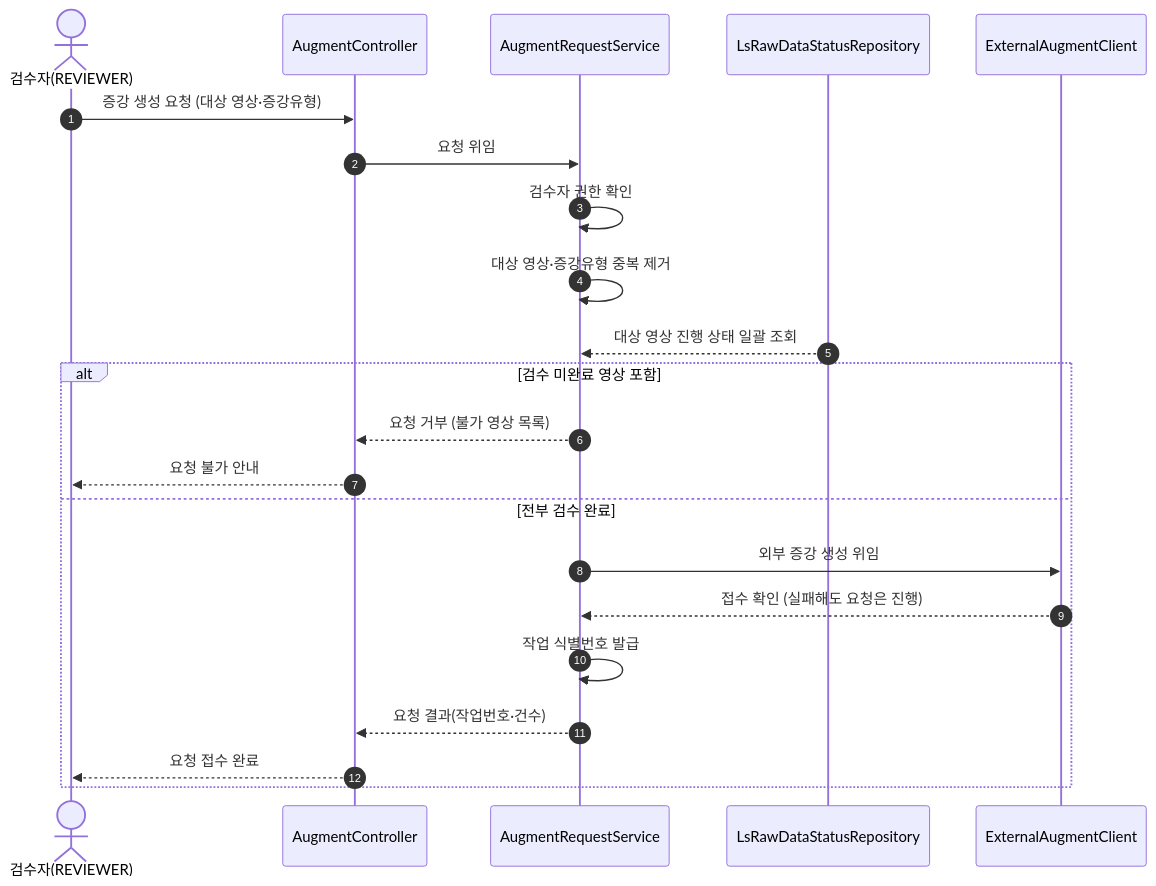
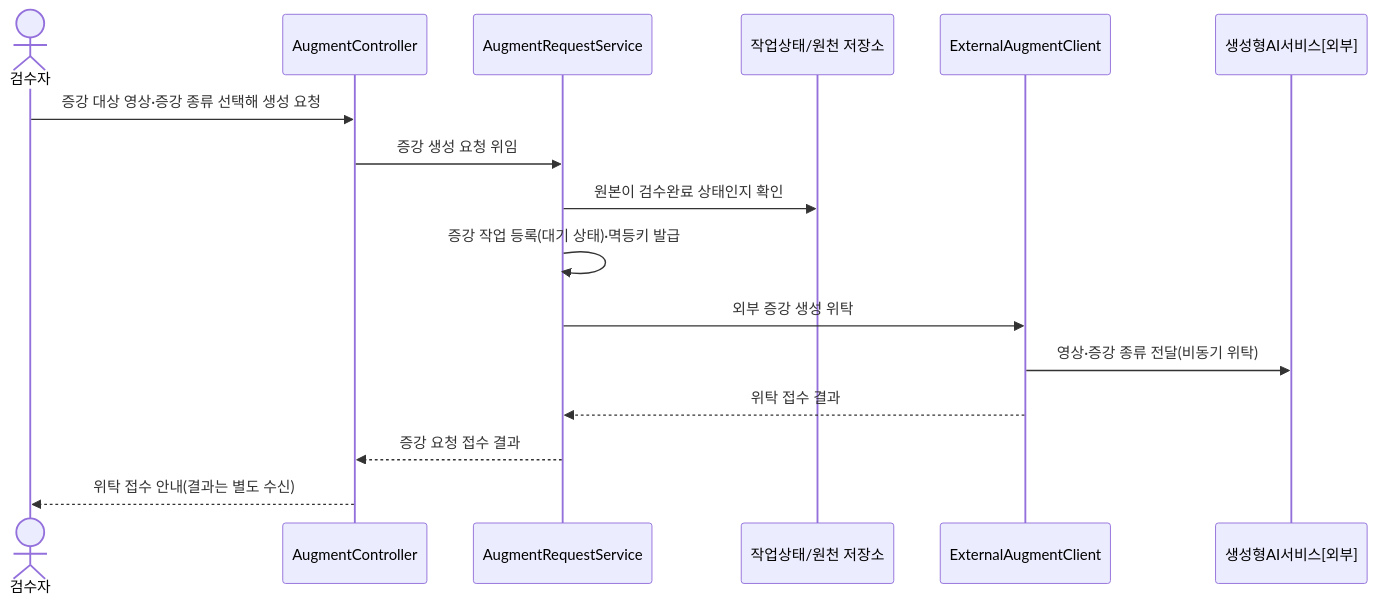
The first of 36 diagrams in docs/design/D1-클래스설계서.md (New-stella/klid-label), drawn with Mermaid before and after one commit. The commit also changed other lines of this file and 7 other files, not shown here.

````diff
--- a/docs/design/D1-클래스설계서.md
+++ b/docs/design/D1-클래스설계서.md
@@ -252,24 +239,18 @@
 ```mermaid
 sequenceDiagram
-    autonumber
-    actor RV as 검수자(REVIEWER)
-    participant AC as AugmentController
-    participant ARS as AugmentRequestService
-    participant DB as LsRawDataStatusRepository
-    participant EX as ExternalAugmentClient
-    RV->>AC: 증강 생성 요청 (대상 영상·증강유형)
-    AC->>ARS: 요청 위임
-    ARS->>ARS: 검수자 권한 확인
-    ARS->>ARS: 대상 영상·증강유형 중복 제거
-    DB-->>ARS: 대상 영상 진행 상태 일괄 조회
-    alt 검수 미완료 영상 포함
-        ARS-->>AC: 요청 거부 (불가 영상 목록)
-        AC-->>RV: 요청 불가 안내
-    else 전부 검수 완료
-        ARS->>EX: 외부 증강 생성 위임
-        EX-->>ARS: 접수 확인 (실패해도 요청은 진행)
-        ARS->>ARS: 작업 식별번호 발급
-        ARS-->>AC: 요청 결과(작업번호·건수)
-        AC-->>RV: 요청 접수 완료
-    end
+    actor REVIEWER as 검수자
+    participant C as AugmentController
+    participant S as AugmentRequestService
+    participant R as 작업상태/원천 저장소
+    participant E as ExternalAugmentClient
+    participant G as 생성형AI서비스[외부]
+    REVIEWER->>C: 증강 대상 영상·증강 종류 선택해 생성 요청
+    C->>S: 증강 생성 요청 위임
+    S->>R: 원본이 검수완료 상태인지 확인
+    S->>S: 증강 작업 등록(대기 상태)·멱등키 발급
+    S->>E: 외부 증강 생성 위탁
+    E->>G: 영상·증강 종류 전달(비동기 위탁)
+    E-->>S: 위탁 접수 결과
+    S-->>C: 증강 요청 접수 결과
+    C-->>REVIEWER: 위탁 접수 안내(결과는 별도 수신)
 ```
````
